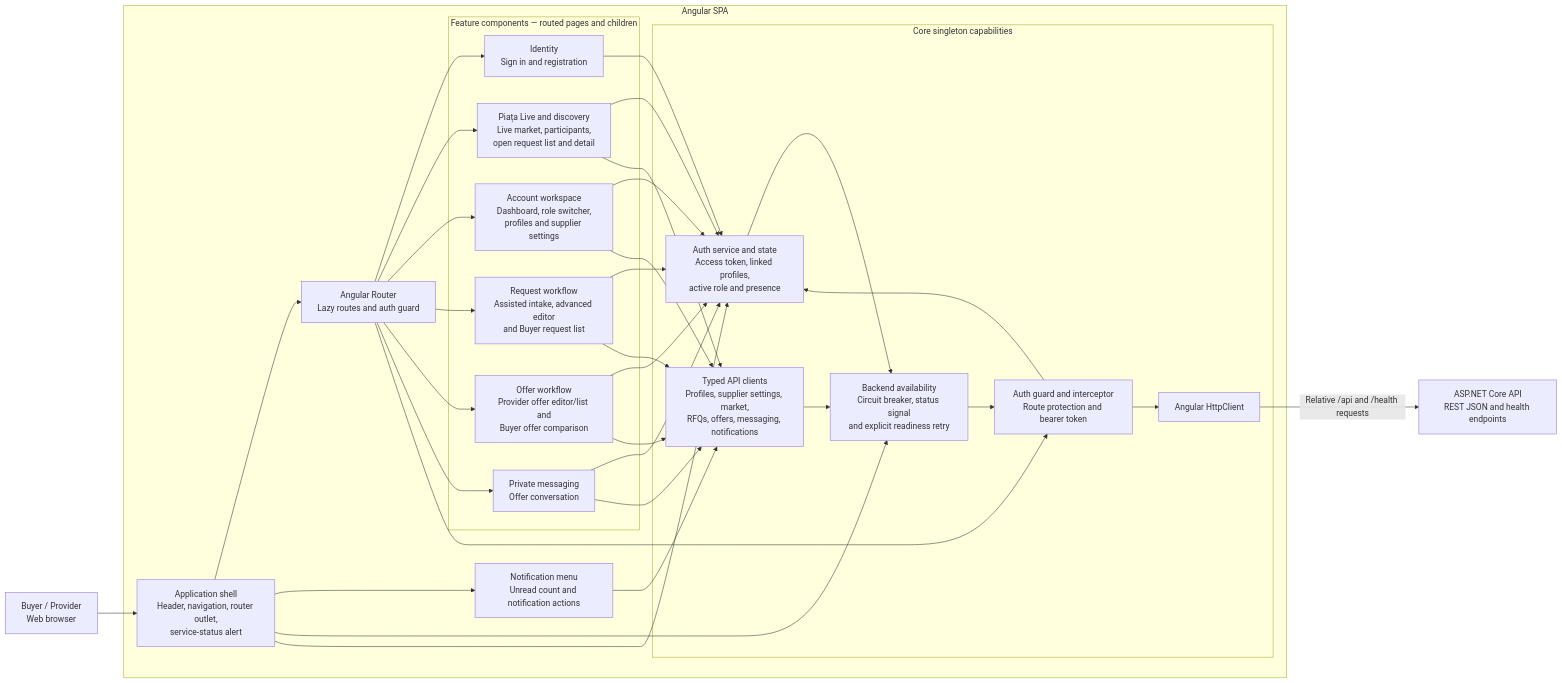
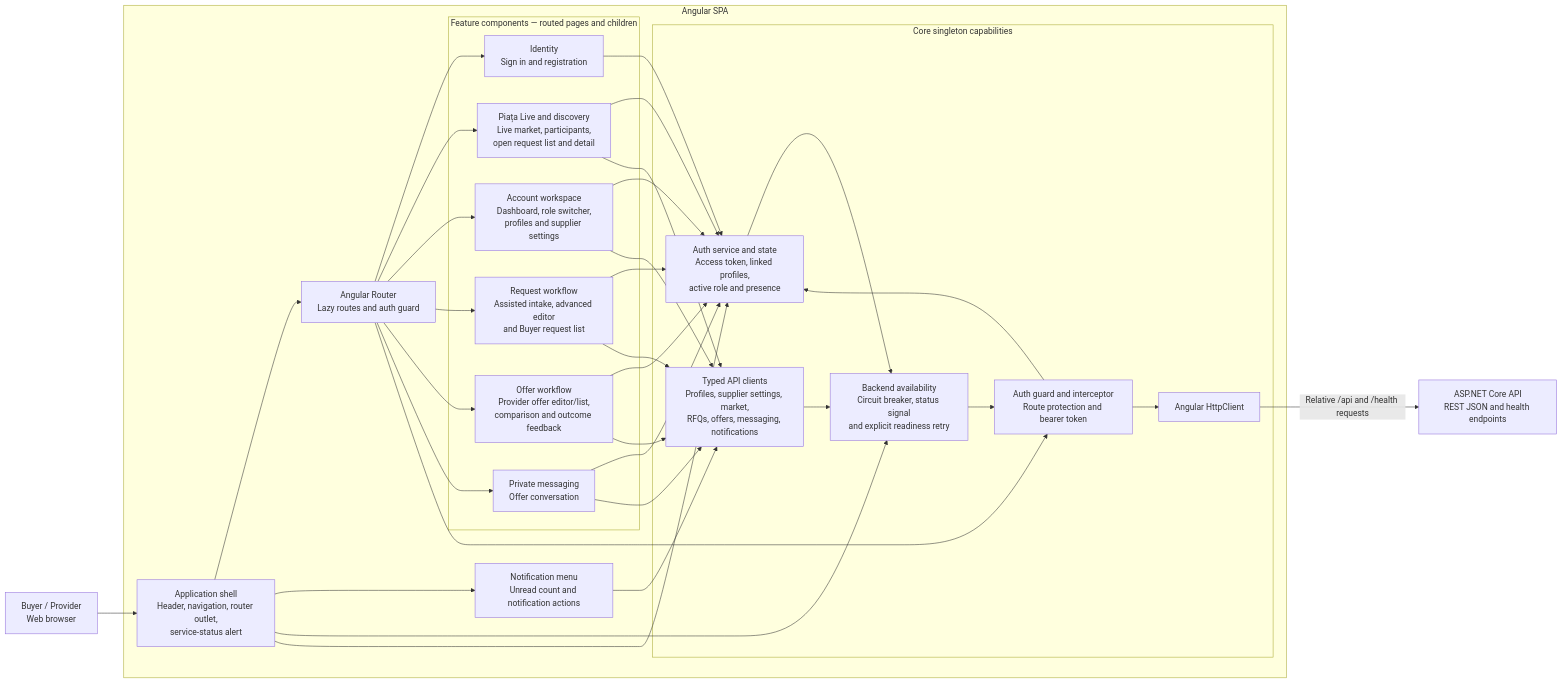
The diagram in docs/architecture/c4-component-frontend.md (john4ani/rfq-marketplace), drawn with Mermaid before and after one commit. The commit also changed other lines of this file and 32 other files, not shown here.

Commit message:
feat: close procurement outcome feedback loop

````diff
--- a/docs/architecture/c4-component-frontend.md
+++ b/docs/architecture/c4-component-frontend.md
@@ -12,64 +12,64 @@
 ```mermaid
 flowchart LR
     user["Buyer / Provider<br/>Web browser"]
     api["ASP.NET Core API<br/>REST JSON and health endpoints"]
 
     subgraph Spa["Angular SPA"]
         shell["Application shell<br/>Header, navigation, router outlet,<br/>service-status alert"]
         router["Angular Router<br/>Lazy routes and auth guard"]
 
         subgraph Features["Feature components — routed pages and children"]
             identity["Identity<br/>Sign in and registration"]
             landing["Piața Live and discovery<br/>Live market, participants,<br/>open request list and detail"]
             account["Account workspace<br/>Dashboard, role switcher,<br/>profiles and supplier settings"]
             requests["Request workflow<br/>Assisted intake, advanced editor<br/>and Buyer request list"]
-            offers["Offer workflow<br/>Provider offer editor/list and<br/>Buyer offer comparison"]
+            offers["Offer workflow<br/>Provider offer editor/list,<br/>comparison and outcome feedback"]
             messaging["Private messaging<br/>Offer conversation"]
         end
 
         notifications["Notification menu<br/>Unread count and notification actions"]
 
         subgraph Core["Core singleton capabilities"]
             auth["Auth service and state<br/>Access token, linked profiles,<br/>active role and presence"]
             clients["Typed API clients<br/>Profiles, supplier settings, market,<br/>RFQs, offers, messaging, notifications"]
             authPipeline["Auth guard and interceptor<br/>Route protection and bearer token"]
             availability["Backend availability<br/>Circuit breaker, status signal<br/>and explicit readiness retry"]
             http["Angular HttpClient"]
         end
     end
 
     user --> shell
     shell --> router
     shell --> notifications
     shell --> availability
 
     router --> identity
     router --> landing
     router --> account
     router --> requests
     router --> offers
     router --> messaging
     router --> authPipeline
 
     shell --> auth
     identity --> auth
     landing --> auth
     account --> auth
     requests --> auth
     offers --> auth
     messaging --> auth
     authPipeline --> auth
 
     landing --> clients
     account --> clients
     requests --> clients
     offers --> clients
     messaging --> clients
     notifications --> clients
 
     clients --> availability
     auth --> availability
     availability --> authPipeline
     authPipeline --> http
     http -->|"Relative /api and /health requests"| api
 ```
````
